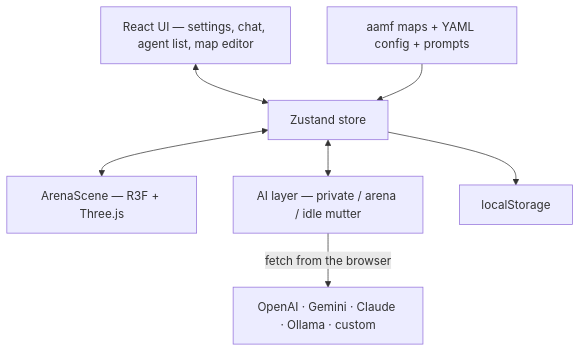
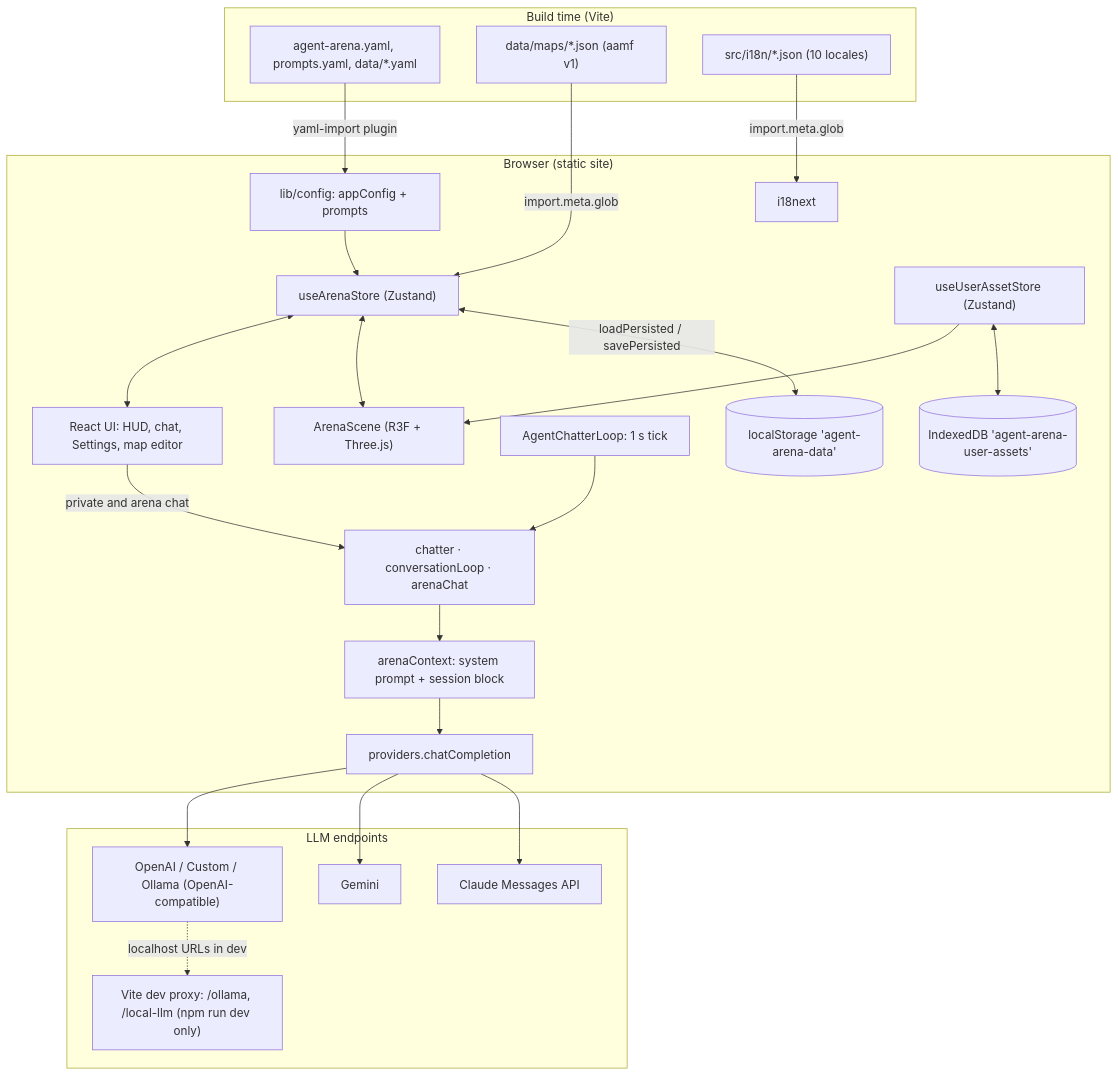
Before and after one commit to sametkabay/agent-arena: the first of 2 diagrams in README.md, drawn with Mermaid. The commit also changed other lines of this file and 8 other files, not shown here.

````diff
--- a/README.md
+++ b/README.md
@@ -258,17 +107,48 @@
 ```mermaid
 flowchart TB
-  UI["React UI — settings, chat, agent list, map editor"]
-  Store["Zustand store"]
-  Scene["ArenaScene — R3F + Three.js"]
-  AI["AI layer — private / arena / idle mutter"]
-  Maps["aamf maps + YAML config + prompts"]
-  Persist["localStorage"]
-  LLMs["OpenAI · Gemini · Claude · Ollama · custom"]
+  subgraph build["Build time (Vite)"]
+    YAML["agent-arena.yaml, prompts.yaml, data/*.yaml"]
+    MAPS["data/maps/*.json (aamf v1)"]
+    LOC["src/i18n/*.json (10 locales)"]
+  end
 
-  UI <--> Store
-  Store <--> Scene
-  Store <--> AI
-  Store --> Persist
-  Maps --> Store
-  AI -->|"fetch from the browser"| LLMs
+  subgraph browser["Browser (static site)"]
+    CFG["lib/config: appConfig + prompts"]
+    I18N["i18next"]
+    STORE["useArenaStore (Zustand)"]
+    UAS["useUserAssetStore (Zustand)"]
+    UI["React UI: HUD, chat, Settings, map editor"]
+    SCENE["ArenaScene (R3F + Three.js)"]
+    LOOP["AgentChatterLoop: 1 s tick"]
+    AI["chatter · conversationLoop · arenaChat"]
+    CTX["arenaContext: system prompt + session block"]
+    PROV["providers.chatCompletion"]
+    LS[("localStorage 'agent-arena-data'")]
+    IDB[("IndexedDB 'agent-arena-user-assets'")]
+  end
+
+  subgraph llm["LLM endpoints"]
+    OAI["OpenAI / Custom / Ollama (OpenAI-compatible)"]
+    GEM["Gemini"]
+    CLA["Claude Messages API"]
+    DEV["Vite dev proxy: /ollama, /local-llm (npm run dev only)"]
+  end
+
+  YAML -->|"yaml-import plugin"| CFG
+  MAPS -->|"import.meta.glob"| STORE
+  LOC -->|"import.meta.glob"| I18N
+  CFG --> STORE
+  STORE <--> UI
+  STORE <--> SCENE
+  UAS --> SCENE
+  STORE <-->|"loadPersisted / savePersisted"| LS
+  UAS <--> IDB
+  LOOP --> AI
+  UI -->|"private and arena chat"| AI
+  AI --> CTX
+  CTX --> PROV
+  PROV --> OAI
+  PROV --> GEM
+  PROV --> CLA
+  OAI -.->|"localhost URLs in dev"| DEV
 ```
````
